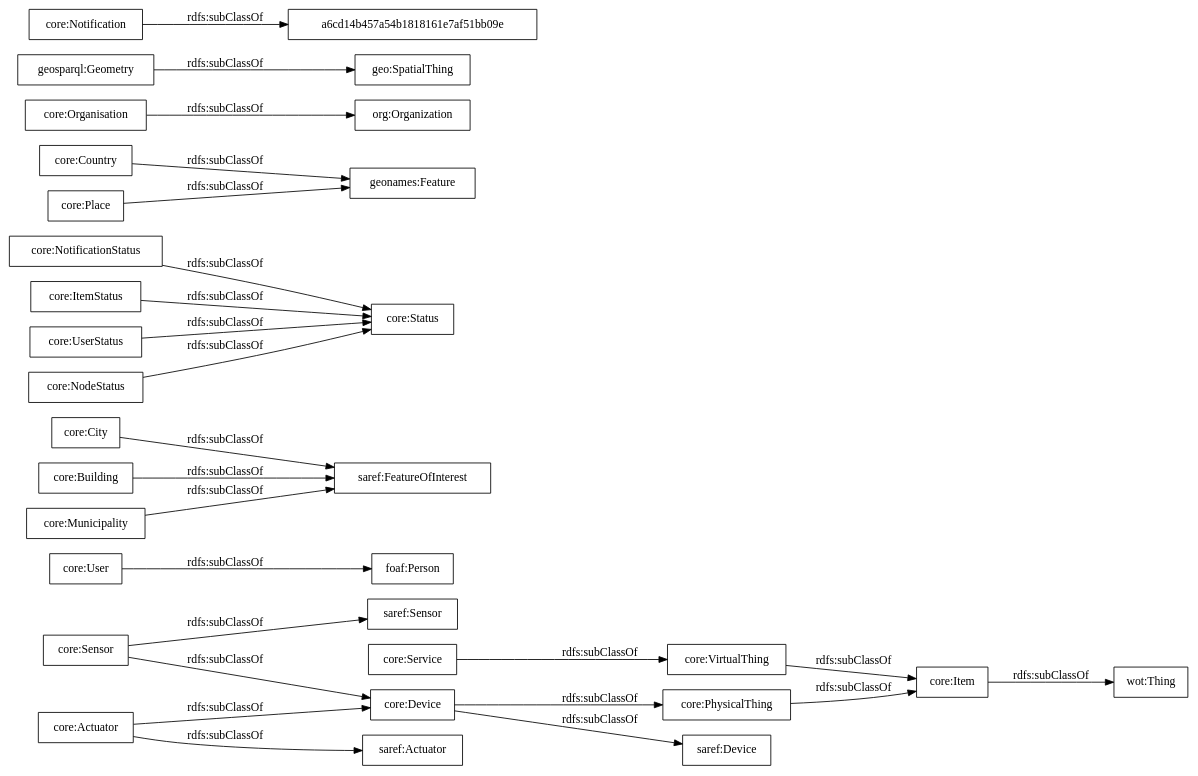
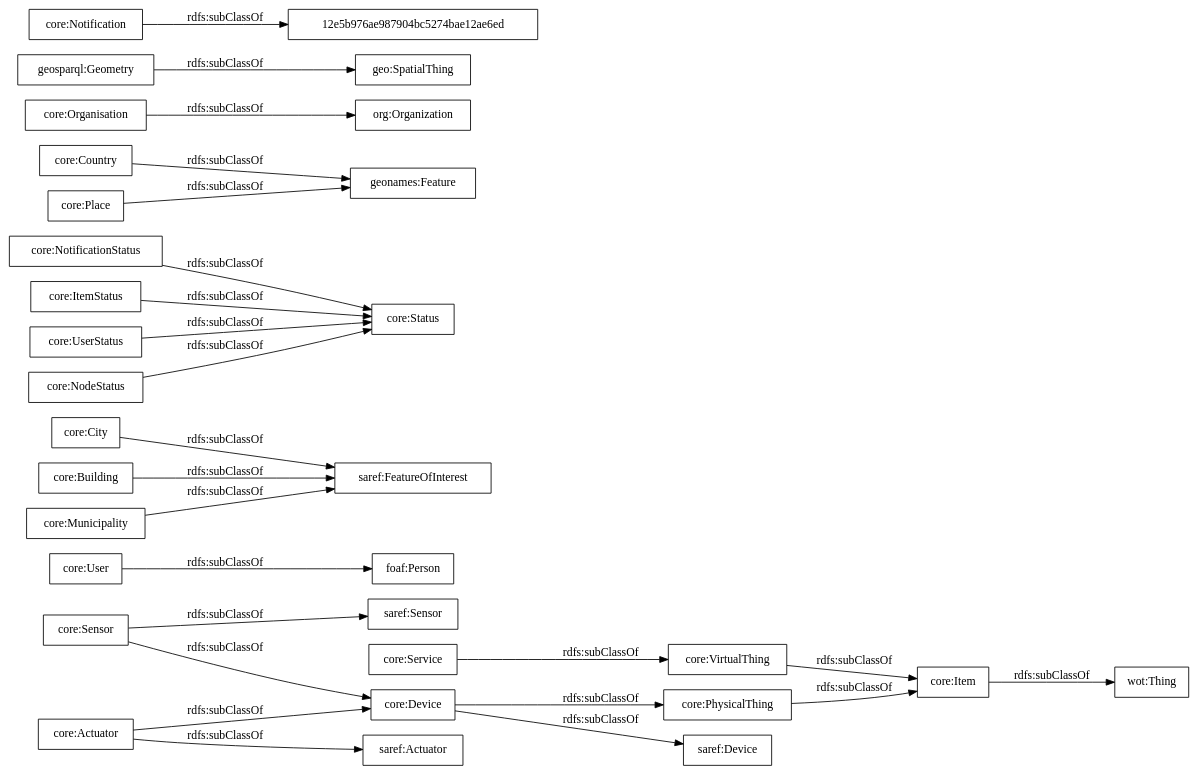
The diagram in OnToology/ontology/auroral-core.ttl/diagrams/ar2dtool-taxonomy/auroral-core.ttl.png.dot (oeg-upm/auroral-core-ontology), drawn with Graphviz before and after one commit. The commit also changed 11 other files, not shown here.

```diff
--- a/OnToology/ontology/auroral-core.ttl/diagrams/ar2dtool-taxonomy/auroral-core.ttl.png.dot
+++ b/OnToology/ontology/auroral-core.ttl/diagrams/ar2dtool-taxonomy/auroral-core.ttl.png.dot
@@ -1,29 +1,29 @@
 digraph ar2dtool_diagram { 
 rankdir=LR;
 size="1000"
-node [shape = rectangle, color="black"]; "wot:Thing" "saref:Actuator" "core:User" "saref:Device" "core:City" "core:NotificationStatus" "geonames:Feature" "core:Status" "core:Service" "core:Device" "core:Sensor" "core:Actuator" "core:Organisation" "foaf:Person" "core:Building" "org:Organization" "core:Country" "core:Item" "geosparql:Geometry" "core:Place" "core:Notification" "core:ItemStatus" "geo:SpatialThing" "core:PhysicalThing" "core:UserStatus" "core:NodeStatus" "core:Municipality" "core:VirtualThing" "saref:FeatureOfInterest" "saref:Sensor" "a6cd14b457a54b1818161e7af51bb09e" ; /*classes style*/
+node [shape = rectangle, color="black"]; "wot:Thing" "saref:Actuator" "core:User" "saref:Device" "core:City" "core:NotificationStatus" "geonames:Feature" "core:Status" "core:Service" "core:Device" "core:Sensor" "core:Actuator" "core:Organisation" "foaf:Person" "core:Building" "org:Organization" "core:Country" "core:Item" "geosparql:Geometry" "12e5b976ae987904bc5274bae12ae6ed" "core:Place" "core:Notification" "core:ItemStatus" "geo:SpatialThing" "core:PhysicalThing" "core:UserStatus" "core:NodeStatus" "core:Municipality" "core:VirtualThing" "saref:FeatureOfInterest" "saref:Sensor" ; /*classes style*/
 	"core:ItemStatus" -> "core:Status" [ label = "rdfs:subClassOf" ];
 	"core:Service" -> "core:VirtualThing" [ label = "rdfs:subClassOf" ];
 	"core:Country" -> "geonames:Feature" [ label = "rdfs:subClassOf" ];
 	"core:Organisation" -> "org:Organization" [ label = "rdfs:subClassOf" ];
 	"core:User" -> "foaf:Person" [ label = "rdfs:subClassOf" ];
 	"core:Building" -> "saref:FeatureOfInterest" [ label = "rdfs:subClassOf" ];
 	"core:PhysicalThing" -> "core:Item" [ label = "rdfs:subClassOf" ];
 	"core:Device" -> "saref:Device" [ label = "rdfs:subClassOf" ];
 	"core:Device" -> "core:PhysicalThing" [ label = "rdfs:subClassOf" ];
 	"core:Municipality" -> "saref:FeatureOfInterest" [ label = "rdfs:subClassOf" ];
 	"core:NodeStatus" -> "core:Status" [ label = "rdfs:subClassOf" ];
 	"core:UserStatus" -> "core:Status" [ label = "rdfs:subClassOf" ];
 	"core:Sensor" -> "saref:Sensor" [ label = "rdfs:subClassOf" ];
 	"core:Sensor" -> "core:Device" [ label = "rdfs:subClassOf" ];
 	"core:VirtualThing" -> "core:Item" [ label = "rdfs:subClassOf" ];
 	"core:Actuator" -> "saref:Actuator" [ label = "rdfs:subClassOf" ];
 	"core:Actuator" -> "core:Device" [ label = "rdfs:subClassOf" ];
 	"core:Item" -> "wot:Thing" [ label = "rdfs:subClassOf" ];
 	"core:Place" -> "geonames:Feature" [ label = "rdfs:subClassOf" ];
 	"geosparql:Geometry" -> "geo:SpatialThing" [ label = "rdfs:subClassOf" ];
-	"core:Notification" -> "a6cd14b457a54b1818161e7af51bb09e" [ label = "rdfs:subClassOf" ];
+	"core:Notification" -> "12e5b976ae987904bc5274bae12ae6ed" [ label = "rdfs:subClassOf" ];
 	"core:NotificationStatus" -> "core:Status" [ label = "rdfs:subClassOf" ];
 	"core:City" -> "saref:FeatureOfInterest" [ label = "rdfs:subClassOf" ];
 
 }
```
